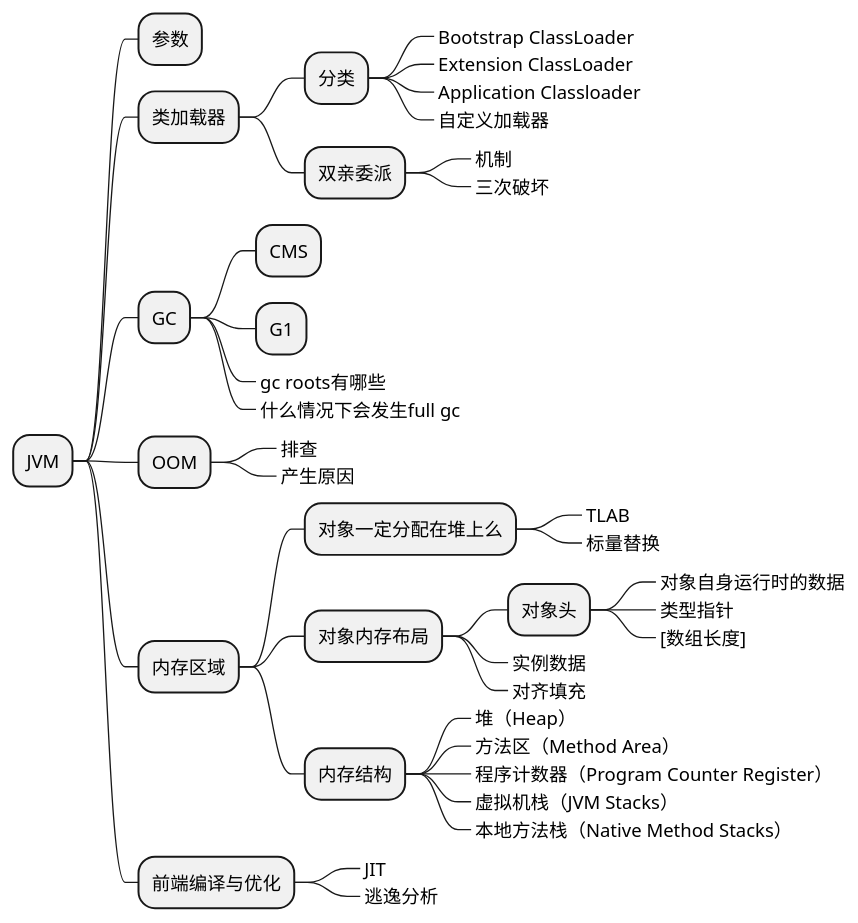
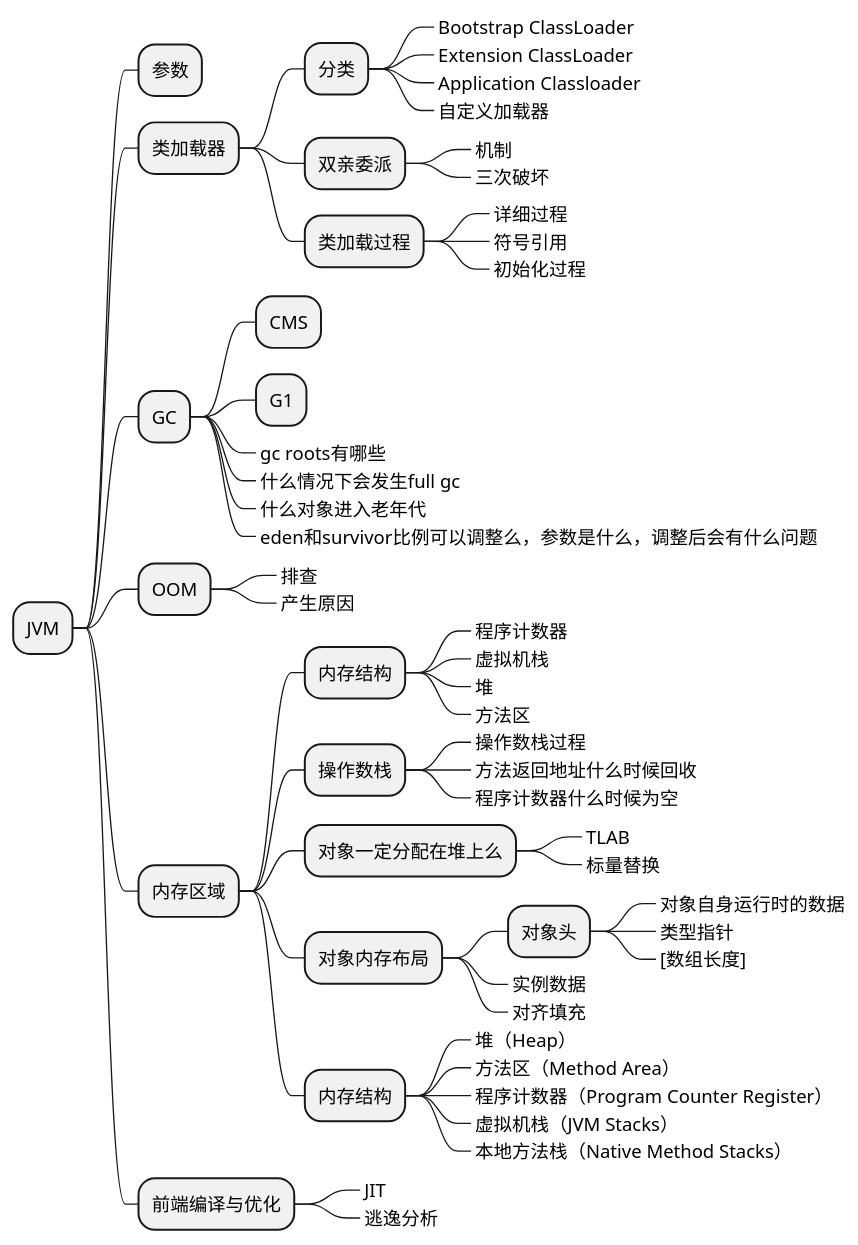
Before and after one commit to Gh0st99/Gh0st99.github.io: the second of 11 diagrams in _posts/2021-05-27-查漏补缺.md, drawn with PlantUML. The commit also changed other lines of this file and 1 other file, not shown here.

````diff
--- a/_posts/2021-05-27-查漏补缺.md
+++ b/_posts/2021-05-27-查漏补缺.md
@@ -99,52 +120,71 @@
 ```plantuml
 @startmindmap
 * JVM
 
 ** 参数
 
 ** 类加载器
 *** 分类
 ****_ Bootstrap ClassLoader
 ****_  Extension ClassLoader
 ****_ Application Classloader
 ****_ 自定义加载器
 *** 双亲委派
 ****_ 机制
 ****_ 三次破坏
+*** 类加载过程
+****_ 详细过程
+****_ 符号引用
+****_ 初始化过程
+
 
 ** GC
 *** CMS
 *** G1
 ***_ gc roots有哪些
 ***_ 什么情况下会发生full gc
+***_ 什么对象进入老年代
+***_ eden和survivor比例可以调整么，参数是什么，调整后会有什么问题
 
 ** OOM
 ***_ 排查
 ***_ 产生原因
 
 ** 内存区域
+*** 内存结构
+****_ 程序计数器
+****_ 虚拟机栈
+****_ 堆
+****_ 方法区
+
+*** 操作数栈
+****_ 操作数栈过程
+****_ 方法返回地址什么时候回收
+****_ 程序计数器什么时候为空
+
+
 *** 对象一定分配在堆上么
 ****_ TLAB
 ****_ 标量替换
 
 *** 对象内存布局
 **** 对象头
 *****_ 对象自身运行时的数据
 *****_ 类型指针
 *****_ [数组长度]
 ****_ 实例数据
 ****_ 对齐填充
 
 *** 内存结构
 ****_ 堆（Heap）
 ****_ 方法区（Method Area）
 ****_ 程序计数器（Program Counter Register）
 ****_ 虚拟机栈（JVM Stacks）
 ****_ 本地方法栈（Native Method Stacks）
 
 ** 前端编译与优化
 ***_ JIT
 ***_ 逃逸分析
 
 @endmindmap
 ```
````
